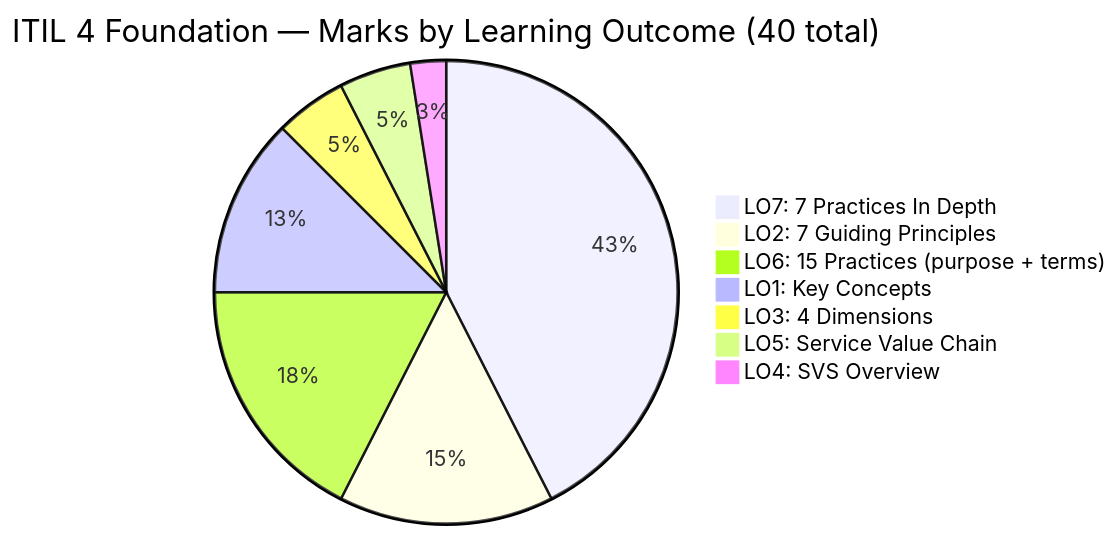
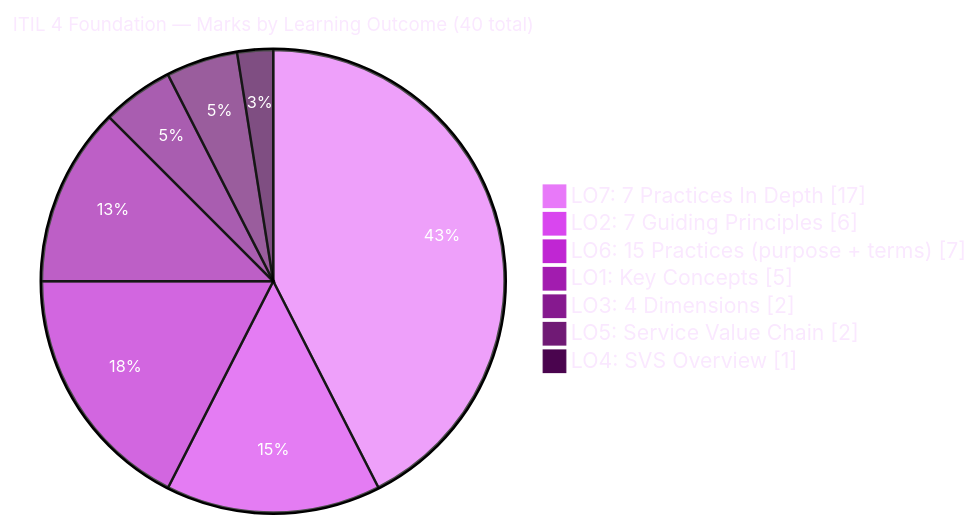
The first of 2 diagrams in index.md (marcogrimaldi29/itil-4-foundation), drawn with Mermaid before and after one commit. The commit also changed other lines of this file and 6 other files, not shown here.

````diff
--- a/index.md
+++ b/index.md
@@ -46,10 +46,11 @@
 ```mermaid
-pie title ITIL 4 Foundation — Marks by Learning Outcome (40 total)
+%%{init: {'theme': 'base', 'themeVariables': {'pieTitleTextSize': '15px', 'pieTitleTextColor': '#fae8ff', 'pieSectionTextSize': '13px', 'pieSectionTextColor': '#ffffff', 'pieLegendTextColor': '#fae8ff', 'pie1': '#e879f9', 'pie2': '#d946ef', 'pie3': '#c026d3', 'pie4': '#a21caf', 'pie5': '#86198f', 'pie6': '#701a75', 'pie7': '#4a044e'}}}%%
+pie showData title ITIL 4 Foundation — Marks by Learning Outcome (40 total)
     "LO7: 7 Practices In Depth" : 17
     "LO2: 7 Guiding Principles" : 6
     "LO6: 15 Practices (purpose + terms)" : 7
     "LO1: Key Concepts" : 5
     "LO3: 4 Dimensions" : 2
     "LO5: Service Value Chain" : 2
     "LO4: SVS Overview" : 1
 ```
````
